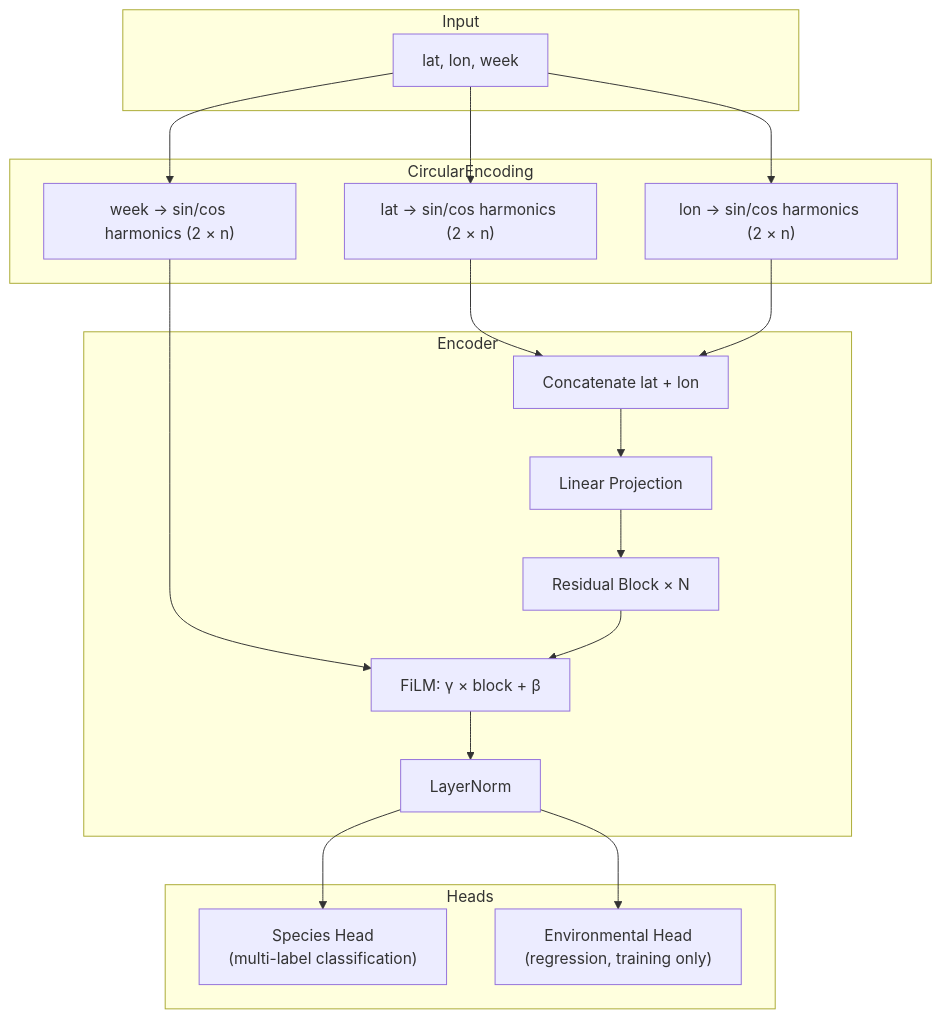
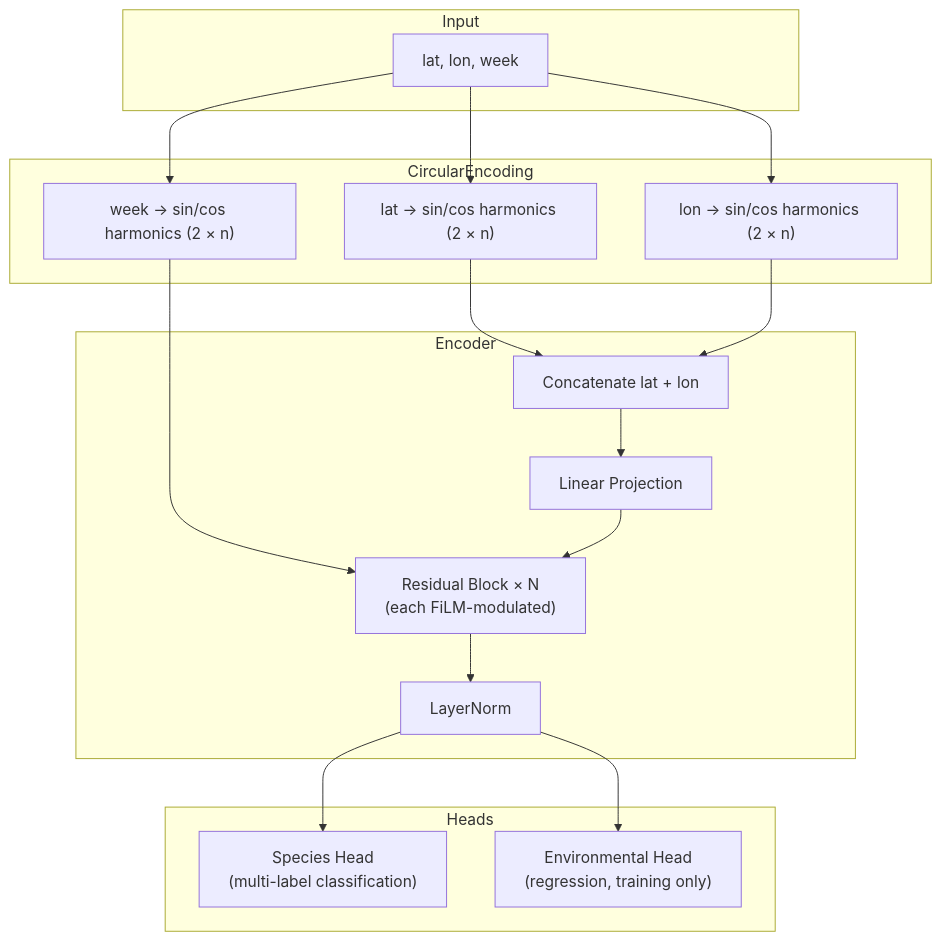
One commit to birdnet-team/geomodel changed the diagram in docs/model/architecture.md. Above: the diagram before and after it, drawn with Mermaid. The commit also changed other lines of this file and 13 other files, not shown here.

````diff
--- a/docs/model/architecture.md
+++ b/docs/model/architecture.md
@@ -18,37 +18,36 @@
 ```mermaid
 graph TD
     subgraph Input
         A[lat, lon, week]
     end
 
     subgraph CircularEncoding
         B["lat → sin/cos harmonics (2 × n)"]
         C["lon → sin/cos harmonics (2 × n)"]
         D["week → sin/cos harmonics (2 × n)"]
     end
 
     A --> B
     A --> C
     A --> D
 
     subgraph Encoder
         E["Concatenate lat + lon"]
         F[Linear Projection]
-        G["Residual Block × N"]
-        FiLM["FiLM: γ × block + β"]
+        G["Residual Block × N<br/>(each FiLM-modulated)"]
         H[LayerNorm]
     end
 
     B --> E
     C --> E
-    D --> FiLM
-    E --> F --> G --> FiLM --> H
+    D --> G
+    E --> F --> G --> H
 
     subgraph Heads
         I["Species Head<br/>(multi-label classification)"]
         J["Environmental Head<br/>(regression, training only)"]
     end
 
     H --> I
     H --> J
 ```
````
